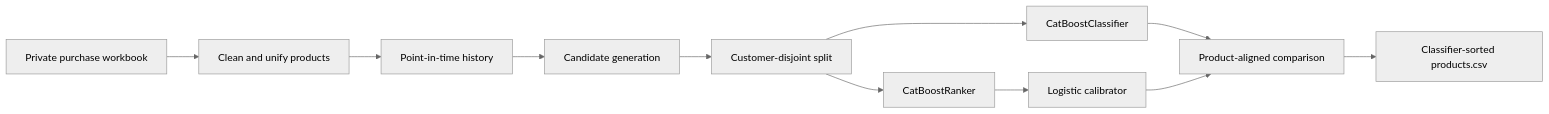
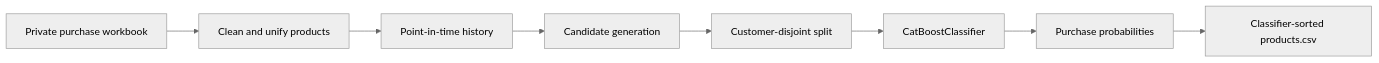
Before and after one commit to RODIONOLIINYK/enterprise-product-recommendation-system: the diagram in README.md, drawn with Mermaid (neutral theme). The commit also changed other lines of this file and 11 other files, not shown here.

Commit message:
Make CatBoost classifier the only model

````diff
--- a/README.md
+++ b/README.md
@@ -41,13 +40,10 @@
 ```mermaid
 flowchart LR
     A["Private purchase workbook"] --> B["Clean and unify products"]
     B --> C["Point-in-time history"]
     C --> D["Candidate generation"]
     D --> E["Customer-disjoint split"]
     E --> F["CatBoostClassifier"]
-    E --> G["CatBoostRanker"]
-    G --> H["Logistic calibrator"]
-    F --> I["Product-aligned comparison"]
-    H --> I
-    I --> J["Classifier-sorted products.csv"]
+    F --> G["Purchase probabilities"]
+    G --> H["Classifier-sorted products.csv"]
 ```
````
